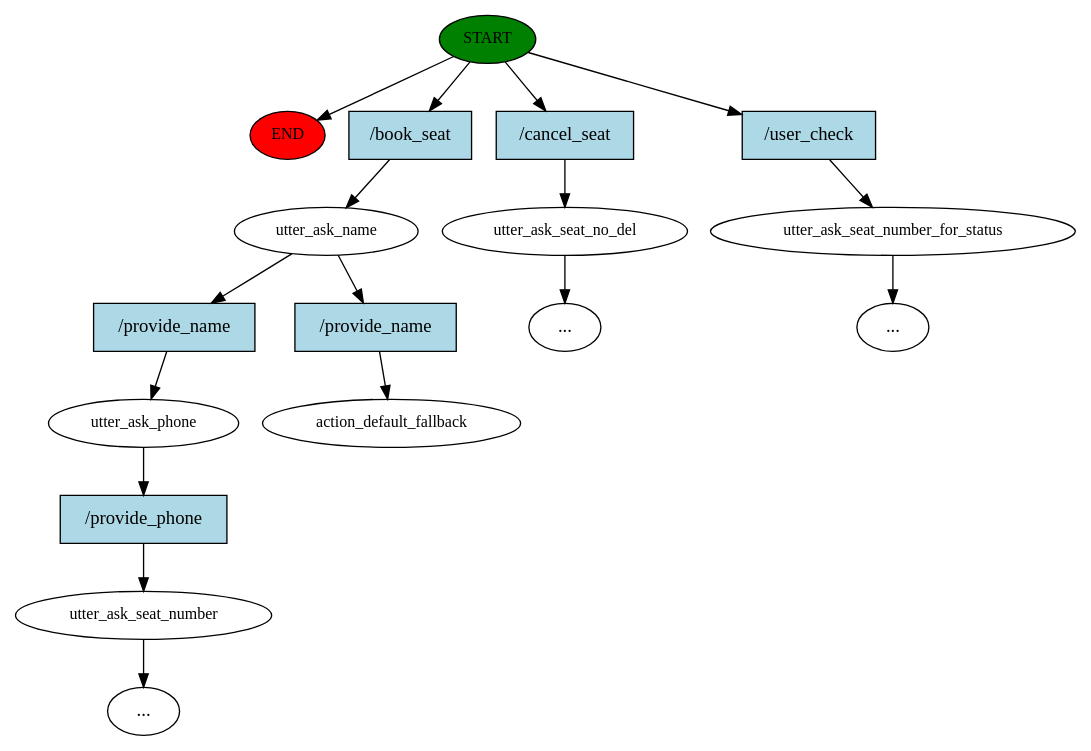
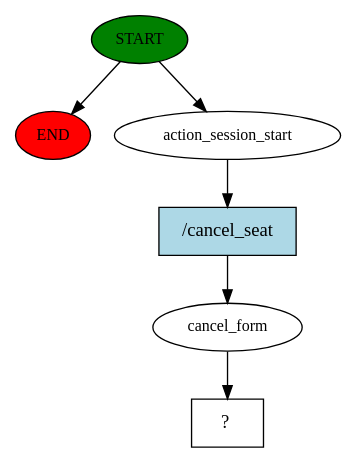
One commit to Arjun16032001/bot changed the diagram in story_graph.dot. Above: the diagram before and after it, drawn with Graphviz. The commit also changed 71 other files, not shown here.

```diff
--- a/story_graph.dot
+++ b/story_graph.dot
@@ -1,35 +1,13 @@
 digraph  {
 0 [class="start active", fillcolor=green, fontsize=12, label=START, style=filled];
 "-1" [class=end, fillcolor=red, fontsize=12, label=END, style=filled];
-1 [class=active, fontsize=12, label=utter_ask_name];
-2 [class="", fontsize=12, label=utter_ask_phone];
-3 [class="", fontsize=12, label=utter_ask_seat_number];
-"-3" [class=ellipsis, label="..."];
-4 [class="", fontsize=12, label=utter_ask_seat_no_del];
-"-4" [class=ellipsis, label="..."];
-5 [class="", fontsize=12, label=utter_ask_seat_number_for_status];
-"-5" [class=ellipsis, label="..."];
-7 [class="dashed active", fontsize=12, label=action_default_fallback];
-8 [class="intent active", fillcolor=lightblue, label="/book_seat", shape=rect, style=filled];
-9 [class=intent, fillcolor=lightblue, label="/cancel_seat", shape=rect, style=filled];
-10 [class=intent, fillcolor=lightblue, label="/user_check", shape=rect, style=filled];
-11 [class=intent, fillcolor=lightblue, label="/provide_name", shape=rect, style=filled];
-12 [class="intent active", fillcolor=lightblue, label="/provide_name", shape=rect, style=filled];
-13 [class=intent, fillcolor=lightblue, label="/provide_phone", shape=rect, style=filled];
+1 [class=active, fontsize=12, label=action_session_start];
+2 [class=active, fontsize=12, label=cancel_form];
+3 [class="intent dashed active", label="  ?  ", shape=rect];
+4 [class="intent active", fillcolor=lightblue, label="/cancel_seat", shape=rect, style=filled];
 0 -> "-1"  [class="", key=NONE, label=""];
-0 -> 8  [class=active, key=0];
-0 -> 9  [class="", key=0];
-0 -> 10  [class="", key=0];
-1 -> 11  [class="", key=0];
-1 -> 12  [class=active, key=0];
-2 -> 13  [class="", key=0];
-3 -> "-3"  [class="", key=NONE, label=""];
-4 -> "-4"  [class="", key=NONE, label=""];
-5 -> "-5"  [class="", key=NONE, label=""];
-8 -> 1  [class=active, key=0];
-9 -> 4  [class="", key=0];
-10 -> 5  [class="", key=0];
-11 -> 2  [class="", key=0];
-12 -> 7  [class=active, key=0];
-13 -> 3  [class="", key=0];
+0 -> 1  [class=active, key=NONE, label=""];
+1 -> 4  [class=active, key=0];
+2 -> 3  [class=active, key=NONE, label=""];
+4 -> 2  [class=active, key=0];
 }
```
